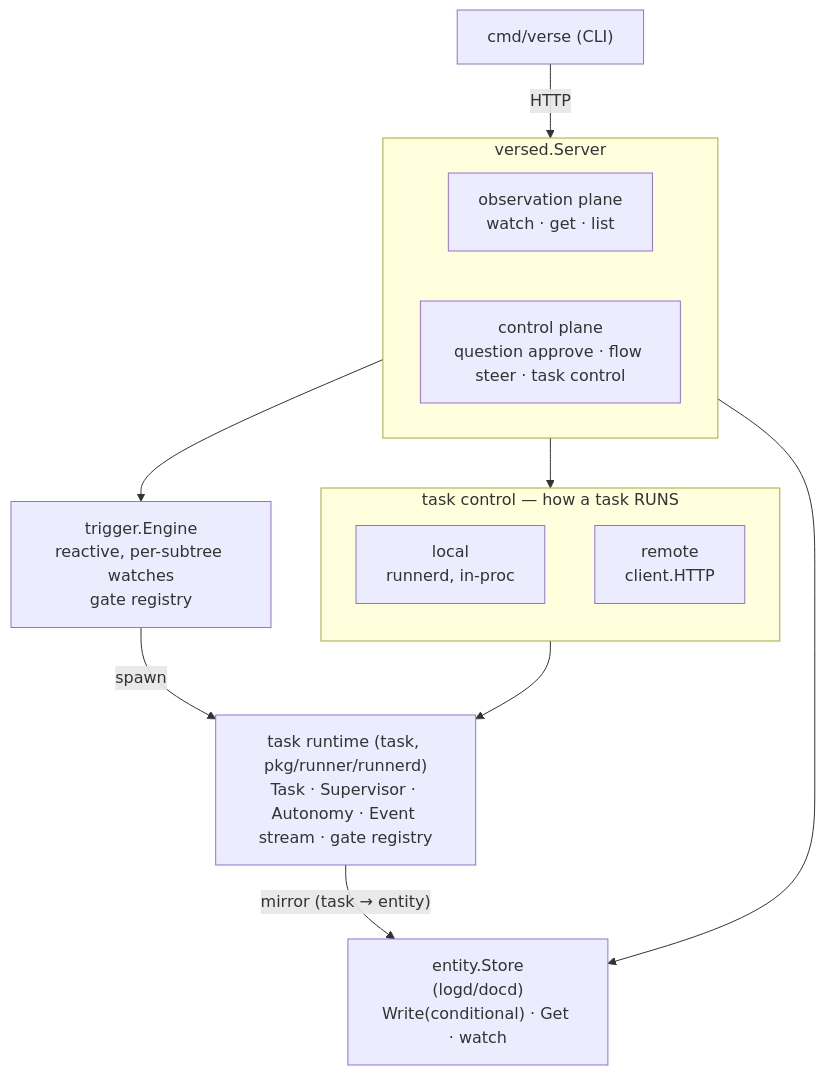
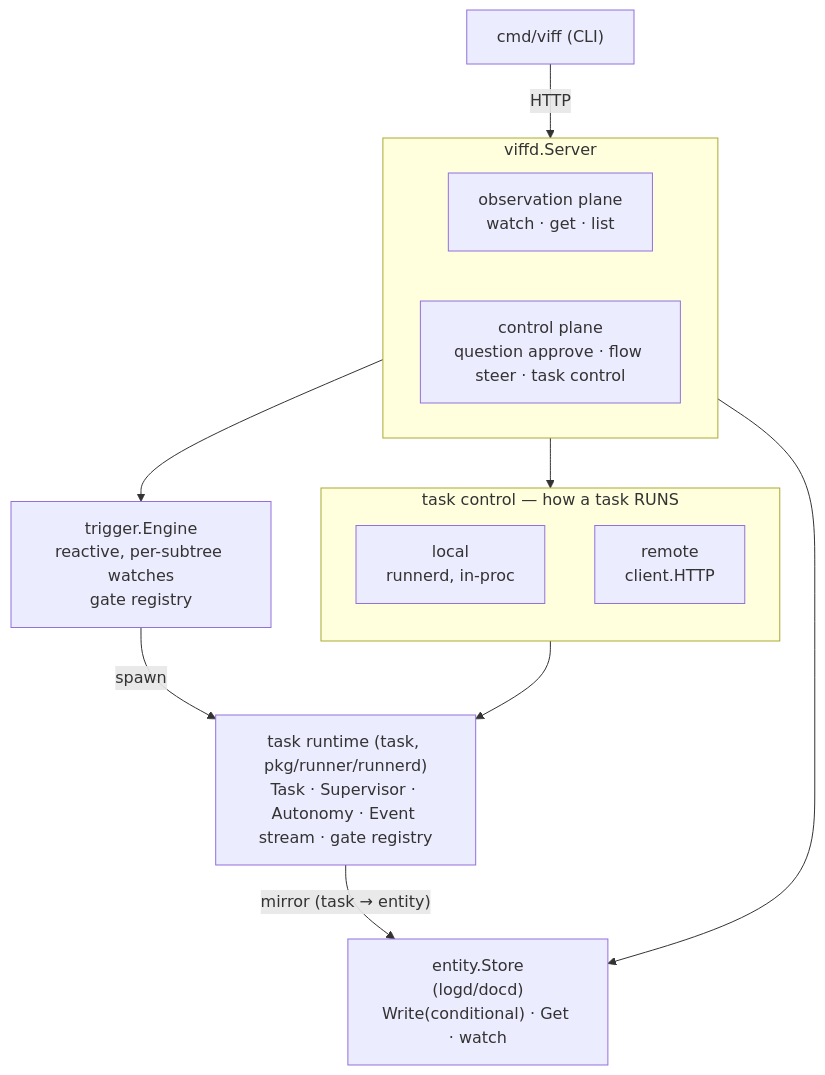
Before and after one commit to signadot/viff: the diagram in docs/platform/architecture.md, drawn with Mermaid. The commit also changed other lines of this file and 1510 other files, not shown here.

First line of the commit message:
rename: verse is viff (scripts/rename.sh)

````diff
--- a/docs/platform/architecture.md
+++ b/docs/platform/architecture.md
@@ -10,29 +10,29 @@
 ```mermaid
 flowchart TB
-  cli["cmd/verse (CLI)"]
+  cli["cmd/viff (CLI)"]
 
-  subgraph versed["versed.Server"]
+  subgraph viffd["viffd.Server"]
     direction LR
     obs["observation plane<br/>watch · get · list"]
     ctl["control plane<br/>question approve · flow steer · task control"]
   end
 
   store["entity.Store<br/>(logd/docd)<br/>Write(conditional) · Get · watch"]
   trig["trigger.Engine<br/>reactive, per-subtree watches<br/>gate registry"]
 
   subgraph run["task control — how a task RUNS"]
     direction TB
     local["local<br/>runnerd, in-proc"]
     remote["remote<br/>client.HTTP"]
   end
 
   rt["task runtime (task, pkg/runner/runnerd)<br/>Task · Supervisor · Autonomy · Event stream · gate registry"]
 
-  cli -->|"HTTP"| versed
+  cli -->|"HTTP"| viffd
   obs --> store
   ctl --> trig
   ctl --> run
   trig -->|"spawn"| rt
   run --> rt
   rt -->|"mirror (task → entity)"| store
 ```
````
